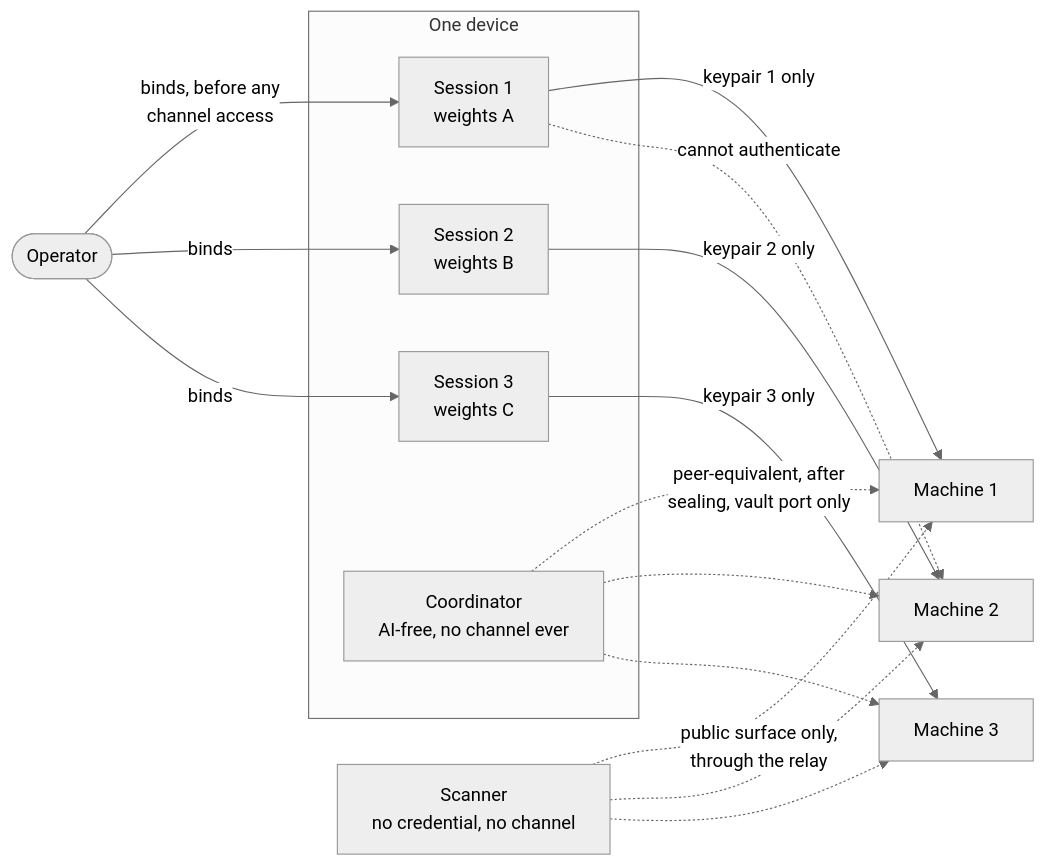
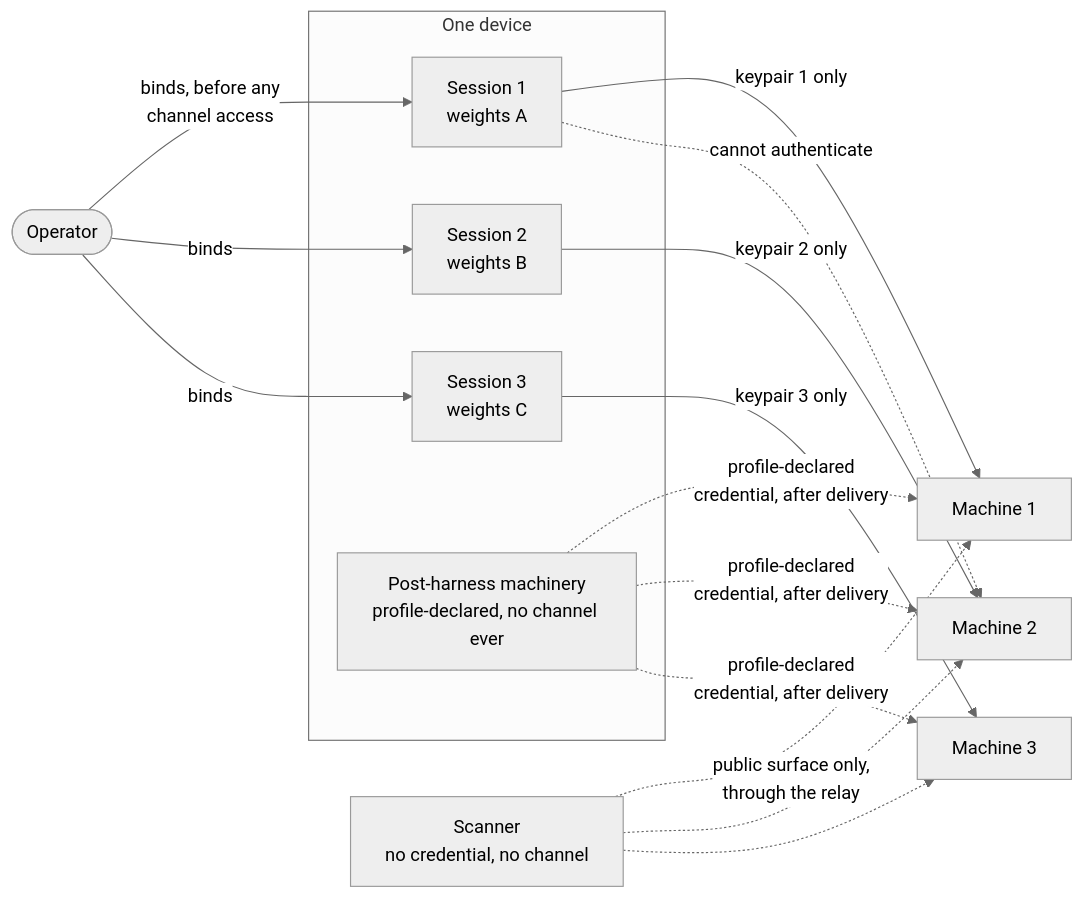
The second of 3 diagrams in 01-architecture.md (douglaz/tau-web-spec), drawn with Mermaid (neutral theme) before and after one commit. The commit also changed other lines of this file and 10 other files, not shown here.

````diff
--- a/01-architecture.md
+++ b/01-architecture.md
@@ -245,22 +245,22 @@
 ```mermaid
 flowchart LR
     OP([Operator]) -->|"binds, before any<br/>channel access"| S1
     OP -->|binds| S2
     OP -->|binds| S3
     subgraph DEV["One device"]
         S1["Session 1<br/>weights A"]
         S2["Session 2<br/>weights B"]
         S3["Session 3<br/>weights C"]
-        CO["Coordinator<br/>AI-free, no channel ever"]
+        CO["Post-harness machinery<br/>profile-declared, no channel ever"]
     end
     S1 -->|"keypair 1 only"| M1["Machine 1"]
     S2 -->|"keypair 2 only"| M2["Machine 2"]
     S3 -->|"keypair 3 only"| M3["Machine 3"]
     S1 -.->|"cannot authenticate"| M2
-    CO -.->|"peer-equivalent, after<br/>sealing, vault port only"| M1
-    CO -.-> M2
-    CO -.-> M3
+    CO -.->|"profile-declared<br/>credential, after delivery"| M1
+    CO -.->|"profile-declared<br/>credential, after delivery"| M2
+    CO -.->|"profile-declared<br/>credential, after delivery"| M3
     SC["Scanner<br/>no credential, no channel"] -.->|"public surface only,<br/>through the relay"| M1
     SC -.-> M2
     SC -.-> M3
 ```
````
